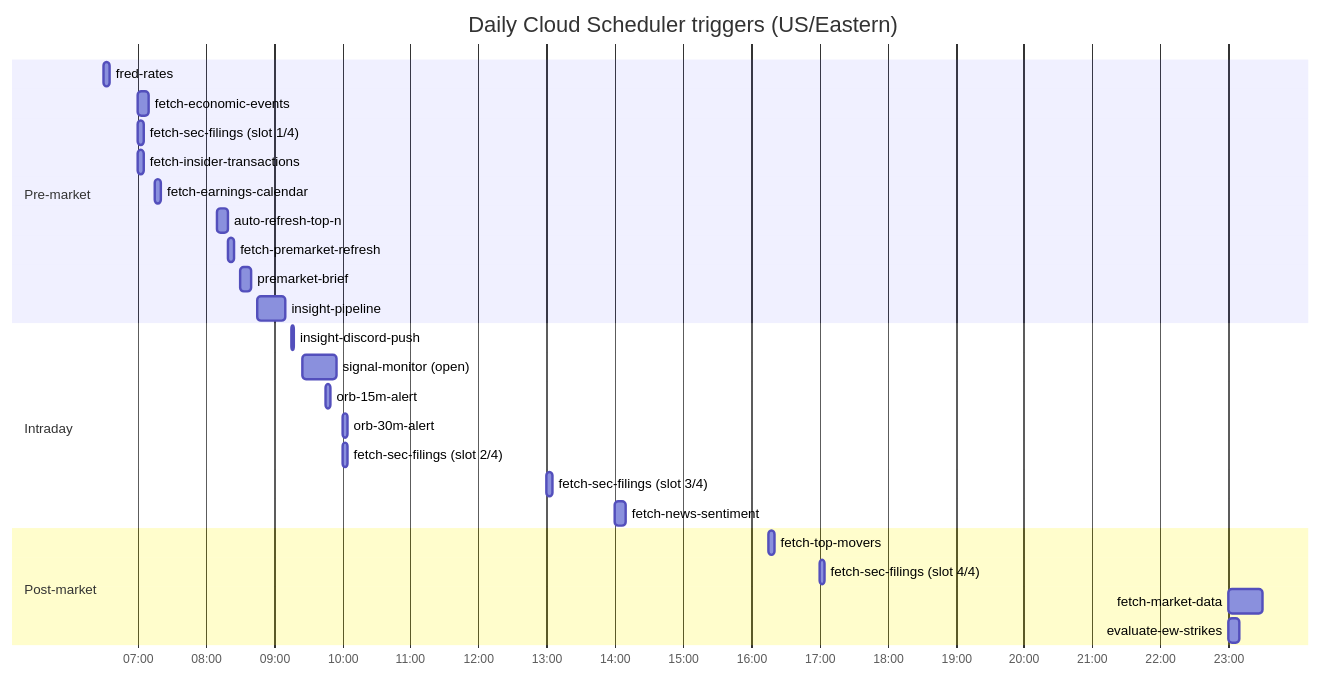
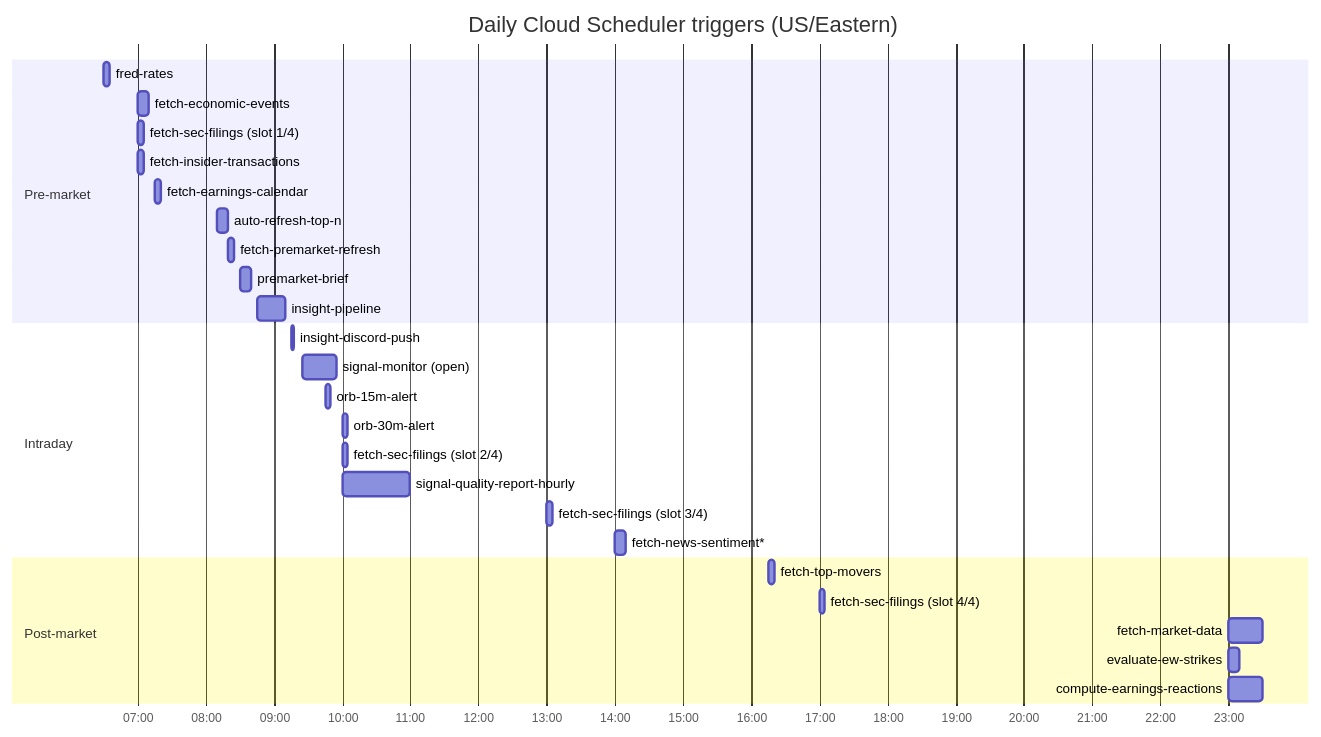
One commit to TeneikaAskew/stocks changed the fourth of 9 diagrams in docs/GCP_ARCHITECTURE.md. Above: the diagram before and after it, drawn with Mermaid. The commit also changed other lines of this file and 1 other file, not shown here.

````diff
--- a/docs/GCP_ARCHITECTURE.md
+++ b/docs/GCP_ARCHITECTURE.md
@@ -359,32 +370,34 @@
 ```mermaid
 gantt
     title Daily Cloud Scheduler triggers (US/Eastern)
     dateFormat HH:mm
     axisFormat %H:%M
 
     section Pre-market
     fred-rates                    :a1, 06:30, 5m
     fetch-economic-events         :a2, 07:00, 10m
     fetch-sec-filings (slot 1/4)  :a3, 07:00, 5m
     fetch-insider-transactions    :a4, 07:00, 5m
     fetch-earnings-calendar       :a5, 07:15, 5m
     auto-refresh-top-n            :a6, 08:10, 10m
     fetch-premarket-refresh       :a7, 08:20, 5m
     premarket-brief               :a8, 08:30, 10m
     insight-pipeline              :a9, 08:45, 25m
 
     section Intraday
     insight-discord-push          :b1, 09:15, 2m
     signal-monitor (open)         :b2, 09:25, 30m
     orb-15m-alert                 :b3, 09:45, 5m
     orb-30m-alert                 :b4, 10:00, 5m
     fetch-sec-filings (slot 2/4)  :b5, 10:00, 5m
-    fetch-sec-filings (slot 3/4)  :b6, 13:00, 5m
-    fetch-news-sentiment          :b7, 14:00, 10m
+    signal-quality-report-hourly  :b6, 10:00, 60m
+    fetch-sec-filings (slot 3/4)  :b7, 13:00, 5m
+    fetch-news-sentiment*         :b8, 14:00, 10m
 
     section Post-market
     fetch-top-movers              :c1, 16:15, 5m
     fetch-sec-filings (slot 4/4)  :c2, 17:00, 5m
     fetch-market-data             :c3, 23:00, 30m
     evaluate-ew-strikes           :c4, 23:00, 10m
+    compute-earnings-reactions    :c5, 23:00, 30m
 ```
````
